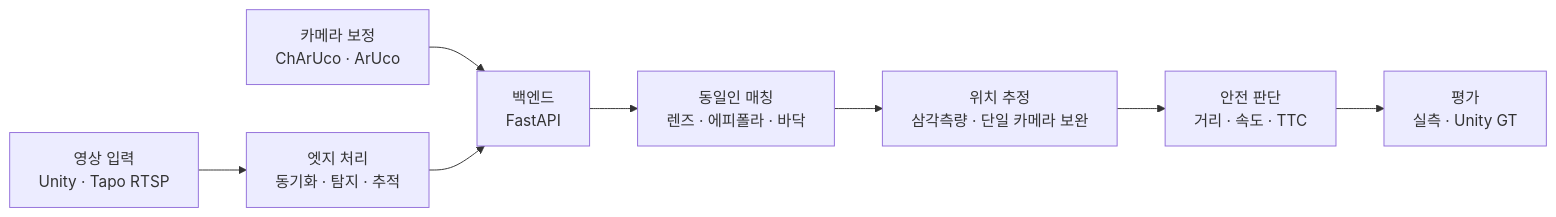
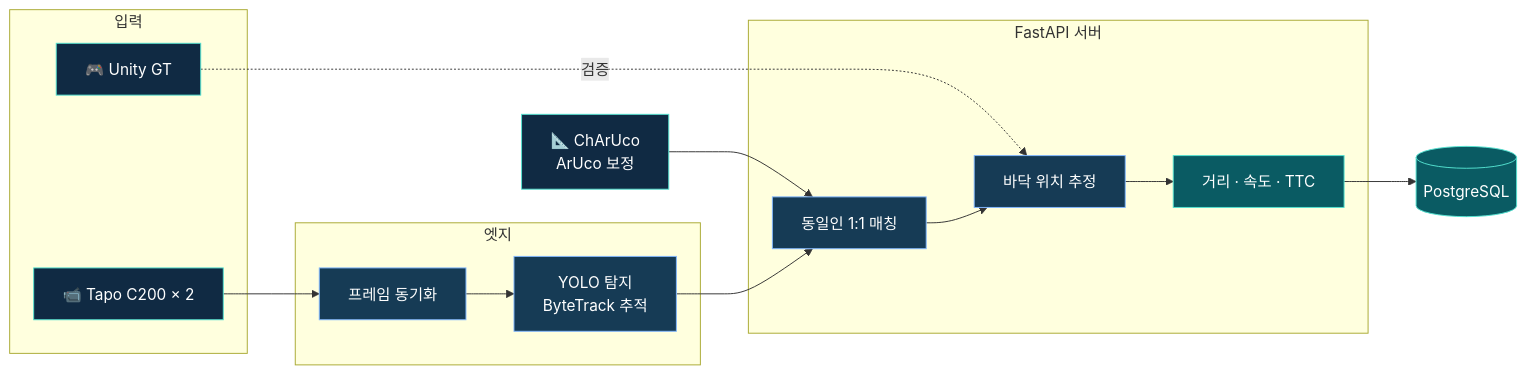
The diagram in README.md (geunchanKim/Comprehensive-Design-Project2-CCTV-Safety), drawn with Mermaid before and after one commit. The commit also changed other lines of this file, not shown here.

````diff
--- a/README.md
+++ b/README.md
@@ -73,10 +86,27 @@
 ```mermaid
 flowchart LR
-    INPUT[영상 입력<br/>Unity · Tapo RTSP] --> EDGE[엣지 처리<br/>동기화 · 탐지 · 추적]
-    CAL[카메라 보정<br/>ChArUco · ArUco] --> API
-    EDGE --> API[백엔드<br/>FastAPI]
-    API --> MATCH[동일인 매칭<br/>렌즈 · 에피폴라 · 바닥]
-    MATCH --> POS[위치 추정<br/>삼각측량 · 단일 카메라 보완]
-    POS --> SAFE[안전 판단<br/>거리 · 속도 · TTC]
-    SAFE --> EVAL[평가<br/>실측 · Unity GT]
+    subgraph SOURCE[입력]
+        CAM[📹 Tapo C200 × 2]
+        UNITY[🎮 Unity GT]
+    end
+    subgraph EDGE[엣지]
+        SYNC[프레임 동기화]
+        DET[YOLO 탐지<br/>ByteTrack 추적]
+    end
+    subgraph SERVER[FastAPI 서버]
+        MATCH[동일인 1:1 매칭]
+        POS[바닥 위치 추정]
+        SAFE[거리 · 속도 · TTC]
+    end
+    CAL[📐 ChArUco<br/>ArUco 보정] --> MATCH
+    CAM --> SYNC --> DET --> MATCH
+    UNITY -. 검증 .-> POS
+    MATCH --> POS --> SAFE --> DB[(PostgreSQL)]
+
+    classDef source fill:#102a43,stroke:#54e2d0,color:#fff
+    classDef process fill:#163b55,stroke:#82b8ff,color:#fff
+    classDef safety fill:#0a5b63,stroke:#54e2d0,color:#fff
+    class CAM,UNITY,CAL source
+    class SYNC,DET,MATCH,POS process
+    class SAFE,DB safety
 ```
````
